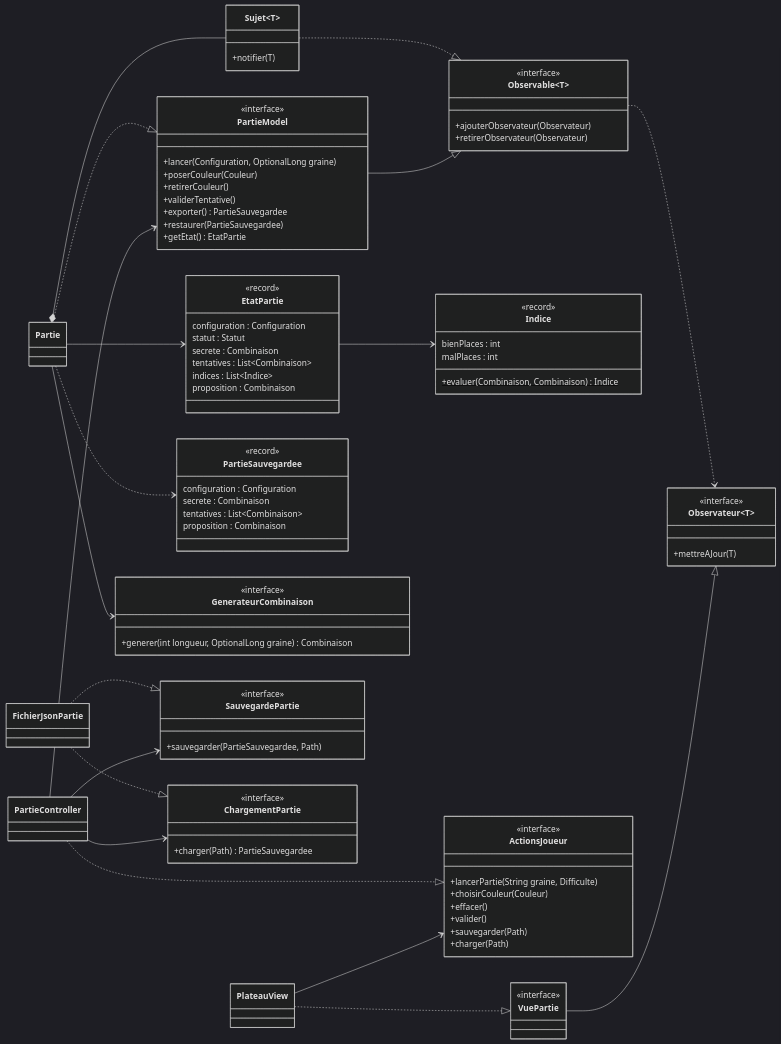
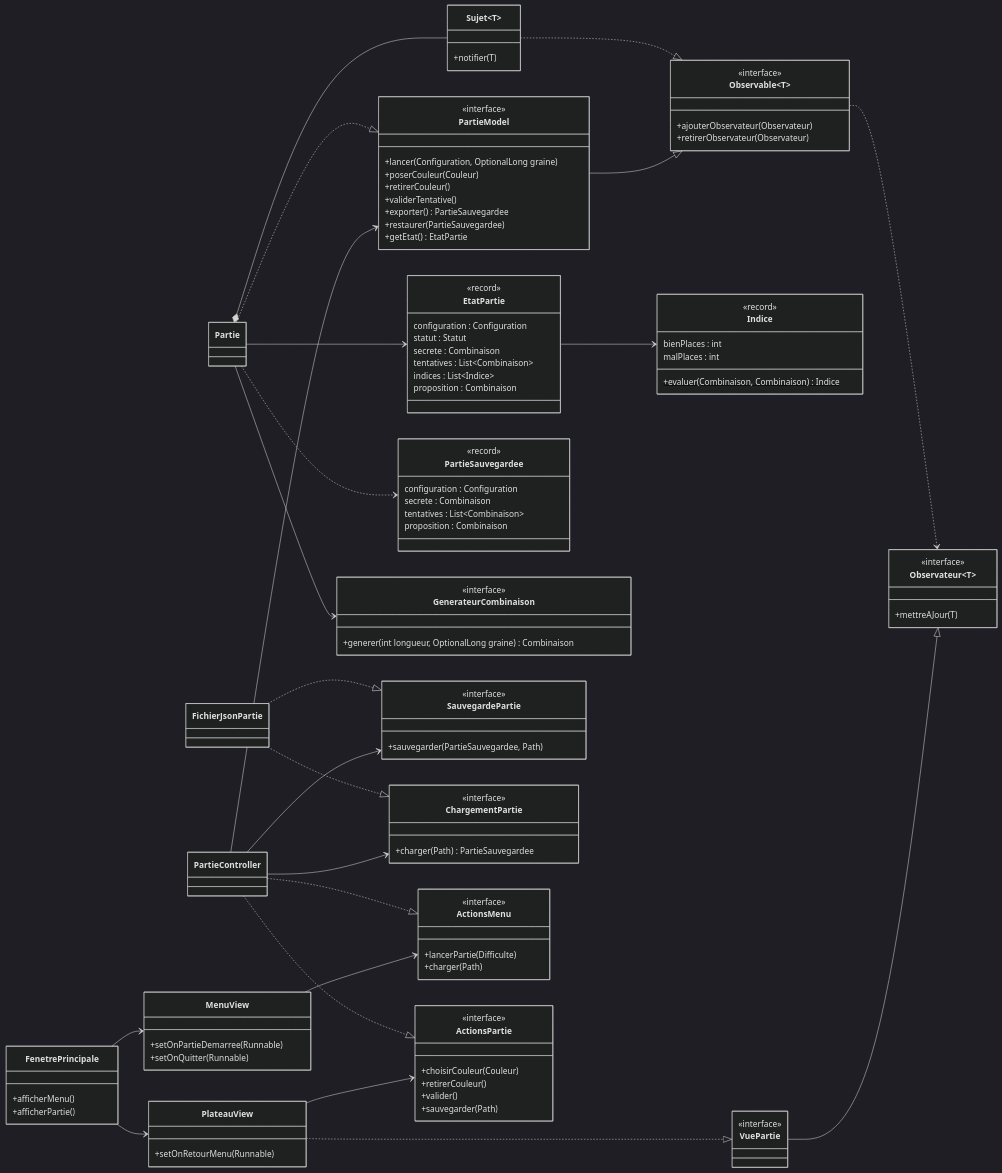
The first of 4 diagrams in README.md (Yorobro/Mastermind), drawn with Mermaid (dark theme) before and after one commit. The commit also changed other lines of this file, not shown here.

````diff
--- a/README.md
+++ b/README.md
@@ -138,20 +148,33 @@
     }
     class FichierJsonPartie
 
-    class ActionsJoueur {
+    class ActionsMenu {
         <<interface>>
-        +lancerPartie(String graine, Difficulte)
+        +lancerPartie(Difficulte)
+        +charger(Path)
+    }
+    class ActionsPartie {
+        <<interface>>
         +choisirCouleur(Couleur)
-        +effacer()
+        +retirerCouleur()
         +valider()
         +sauvegarder(Path)
-        +charger(Path)
     }
     class PartieController
     class VuePartie {
         <<interface>>
     }
-    class PlateauView
+    class MenuView {
+        +setOnPartieDemarree(Runnable)
+        +setOnQuitter(Runnable)
+    }
+    class PlateauView {
+        +setOnRetourMenu(Runnable)
+    }
+    class FenetrePrincipale {
+        +afficherMenu()
+        +afficherPartie()
+    }
 
     Sujet ..|> Observable
     Observable ..> Observateur
@@ -165,11 +188,15 @@
     FichierJsonPartie ..|> SauvegardePartie
     FichierJsonPartie ..|> ChargementPartie
 
-    PartieController ..|> ActionsJoueur
+    PartieController ..|> ActionsMenu
+    PartieController ..|> ActionsPartie
     PartieController --> PartieModel
     PartieController --> SauvegardePartie
     PartieController --> ChargementPartie
     VuePartie --|> Observateur
     PlateauView ..|> VuePartie
-    PlateauView --> ActionsJoueur
+    PlateauView --> ActionsPartie
+    MenuView --> ActionsMenu
+    FenetrePrincipale --> MenuView
+    FenetrePrincipale --> PlateauView
 ```
````
